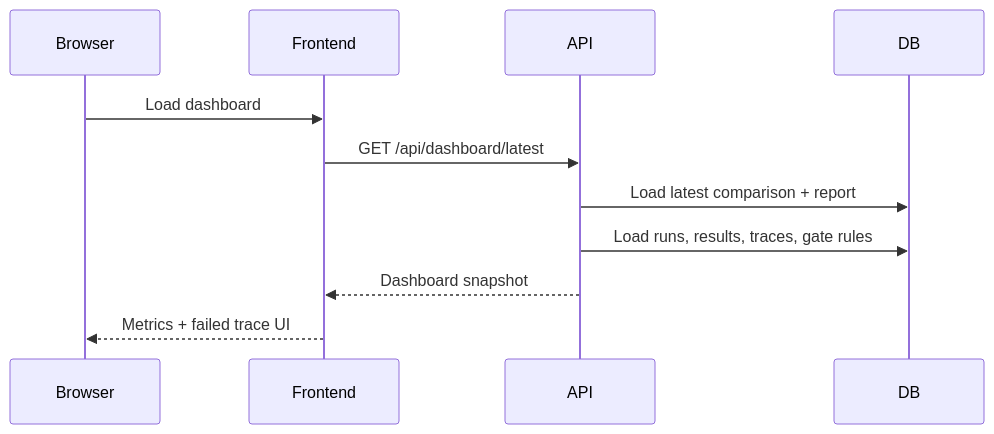
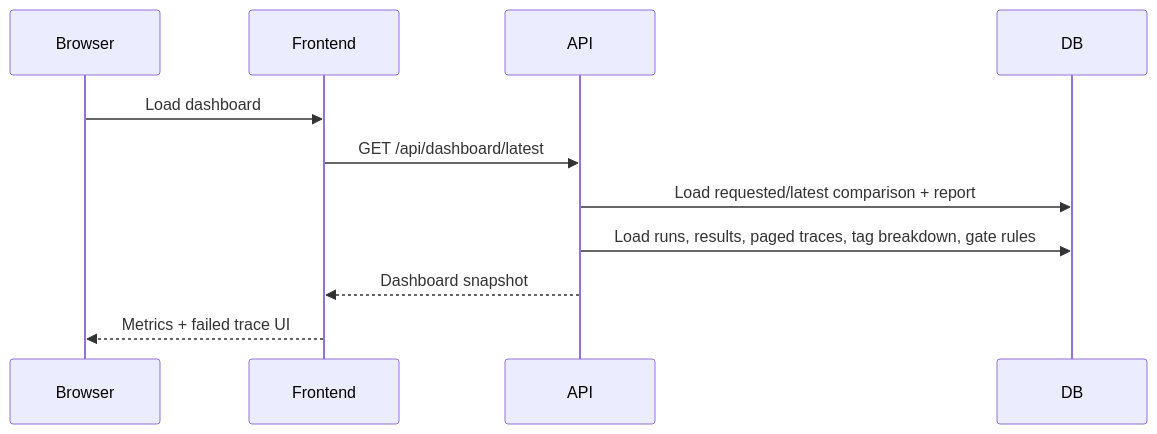
The third of 3 diagrams in docs/architecture.md (meher4567/evalforge-ai), drawn with Mermaid before and after one commit. The commit also changed other lines of this file and 78 other files, not shown here.

````diff
--- a/docs/architecture.md
+++ b/docs/architecture.md
@@ -87,14 +87,14 @@
 ```mermaid
 sequenceDiagram
     participant Browser
     participant Frontend
     participant API
     participant DB
 
     Browser->>Frontend: Load dashboard
     Frontend->>API: GET /api/dashboard/latest
-    API->>DB: Load latest comparison + report
-    API->>DB: Load runs, results, traces, gate rules
+    API->>DB: Load requested/latest comparison + report
+    API->>DB: Load runs, results, paged traces, tag breakdown, gate rules
     API-->>Frontend: Dashboard snapshot
     Frontend-->>Browser: Metrics + failed trace UI
 ```
````
